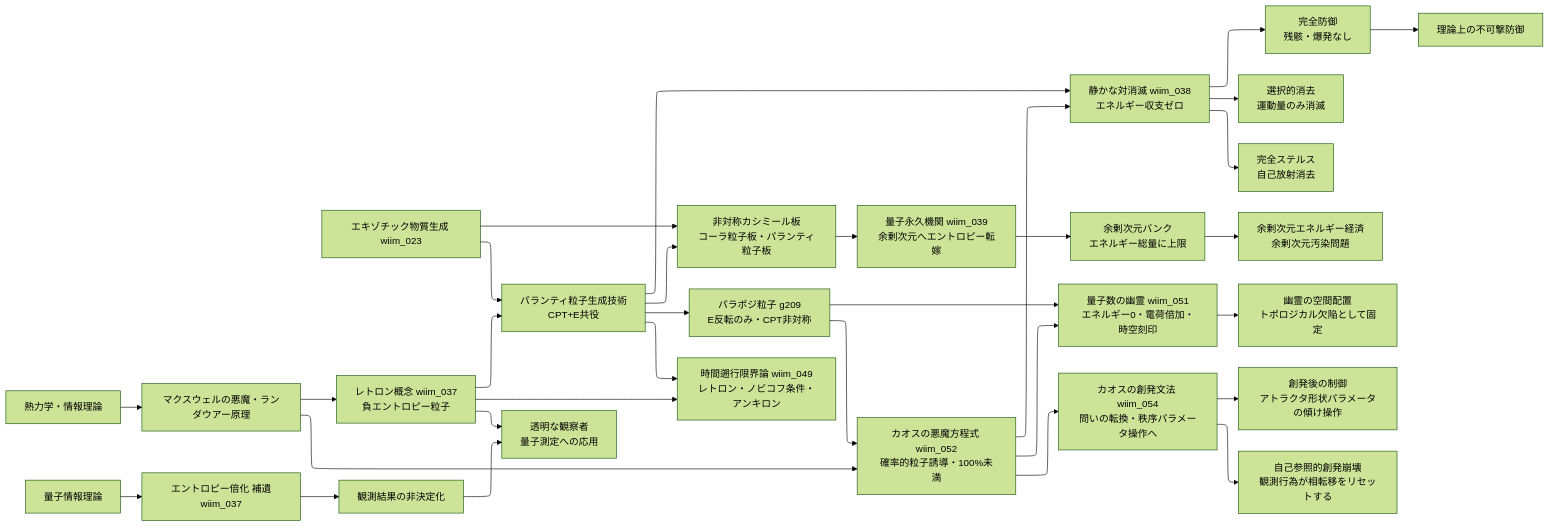
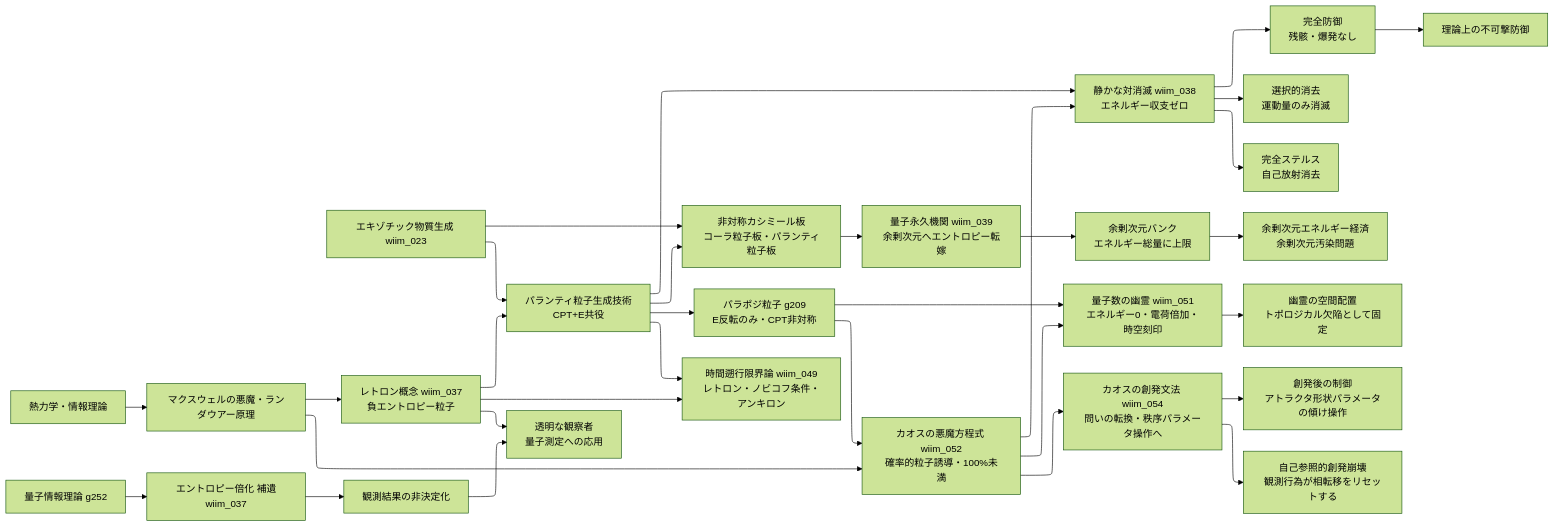
Before and after one commit to theronium/WhatIfImpossible: the fourth of 11 diagrams in docs/notes/tech_tree.md, drawn with Mermaid (forest theme). The commit also changed other lines of this file and 73 other files, not shown here.

````diff
--- a/docs/notes/tech_tree.md
+++ b/docs/notes/tech_tree.md
@@ -184,45 +184,45 @@
 ```mermaid
 %%{init: {"layout": "elk"}}%%
 flowchart LR
     E1[熱力学・情報理論]
     E2[エキゾチック物質生成 wiim_023]
-    E3[量子情報理論]
+    E3[量子情報理論 g252]
 
     E1 --> E4[マクスウェルの悪魔・ランダウアー原理]
     E4 --> E5[レトロン概念 wiim_037\n負エントロピー粒子]
     E2 --> E6[パランティ粒子生成技術\nCPT+E共役]
     E5 --> E6
     E6 --> E7[静かな対消滅 wiim_038\nエネルギー収支ゼロ]
 
     E7 --> E8[完全防御\n残骸・爆発なし]
     E7 --> E9[選択的消去\n運動量のみ消滅]
     E7 --> E10[完全ステルス\n自己放射消去]
     E8 --> E11[理論上の不可撃防御]
 
     E3 --> E12[エントロピー倍化 補遺wiim_037]
     E12 --> E13[観測結果の非決定化]
     E13 --> E14[透明な観察者\n量子測定への応用]
     E5 --> E14
 
     E2 --> E15[非対称カシミール板\nコーラ粒子板・パランティ粒子板]
     E6 --> E15
     E15 --> E16[量子永久機関 wiim_039\n余剰次元へエントロピー転嫁]
     E16 --> E17[余剰次元バンク\nエネルギー総量に上限]
     E17 --> E18[余剰次元エネルギー経済\n余剰次元汚染問題]
 
     E6 --> E19[パラポジ粒子 g209\nE反転のみ・CPT非対称]
     E19 --> E20[量子数の幽霊 wiim_051\nエネルギー0・電荷倍加・時空刻印]
     E20 --> E21[幽霊の空間配置\nトポロジカル欠陥として固定]
 
     E4 --> E22[カオスの悪魔方程式 wiim_052\n確率的粒子誘導・100%未満]
     E19 --> E22
     E22 --> E7
     E22 --> E20
 
     E22 --> E24[カオスの創発文法 wiim_054\n問いの転換・秩序パラメータ操作へ]
     E24 --> E25[創発後の制御\nアトラクタ形状パラメータの傾け操作]
     E24 --> E26[自己参照的創発崩壊\n観測行為が相転移をリセットする]
 
     E5 --> E23[時間遡行限界論 wiim_049\nレトロン・ノビコフ条件・アンキロン]
     E6 --> E23
 ```
````
